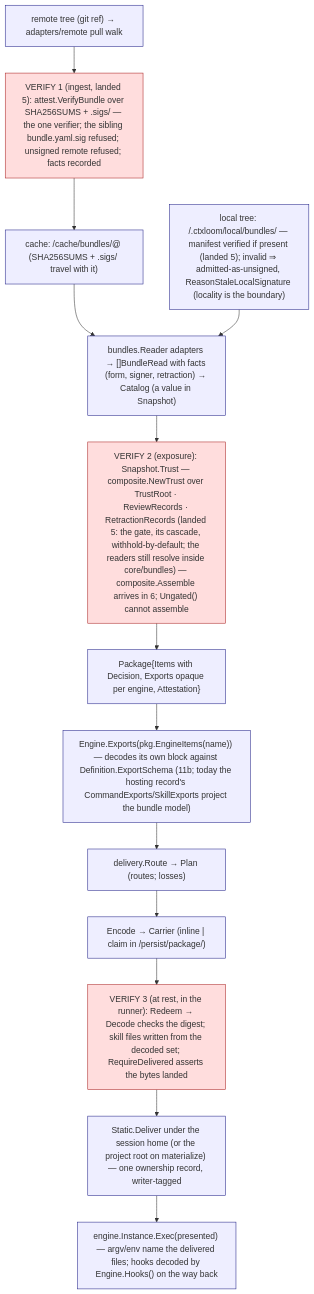
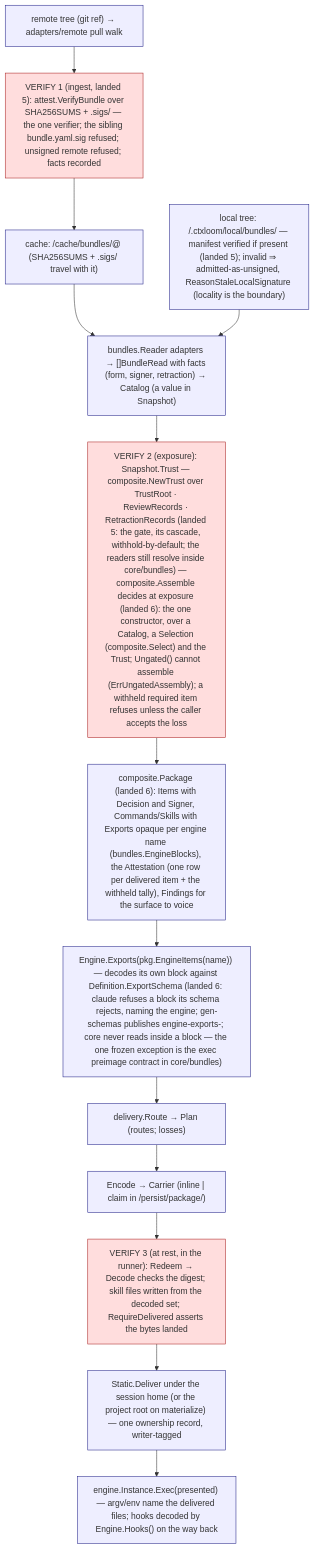
One commit to ctxloom/ctxloom changed the fifth of 5 diagrams in docs/architecture/audit-2026-09-18/30-decided-architecture.md. Above: the diagram before and after it, drawn with Mermaid. The commit also changed other lines of this file and 3 other files, not shown here.

First line of the commit message:
docs(architecture): composite.md is born; §1.1, §2.1, §2.2 and §2.3 carry the landed package; launch.md's assembler row is corrected

````diff
--- a/docs/architecture/audit-2026-09-18/30-decided-architecture.md
+++ b/docs/architecture/audit-2026-09-18/30-decided-architecture.md
@@ -3183,21 +3183,21 @@
 ```mermaid
 flowchart TB
   classDef v fill:#fdd,stroke:#a22
   classDef s fill:#eef,stroke:#228
   R["remote tree (git ref) → adapters/remote pull walk"]:::s
   V1["VERIFY 1 (ingest, landed 5): attest.VerifyBundle over SHA256SUMS + .sigs/ — the one verifier; the sibling bundle.yaml.sig refused; unsigned remote refused; facts recorded"]:::v
   C["cache: <app>/cache/bundles/<name>@<pin> (SHA256SUMS + .sigs/ travel with it)"]:::s
   L["local tree: <project>/.ctxloom/local/bundles/<name> — manifest verified if present (landed 5); invalid ⇒ admitted-as-unsigned, ReasonStaleLocalSignature (locality is the boundary)"]:::s
   RD["bundles.Reader adapters → []BundleRead with facts (form, signer, retraction) → Catalog (a value in Snapshot)"]:::s
-  V2["VERIFY 2 (exposure): Snapshot.Trust — composite.NewTrust over TrustRoot · ReviewRecords · RetractionRecords (landed 5: the gate, its cascade, withhold-by-default; the readers still resolve inside core/bundles) — composite.Assemble arrives in 6; Ungated() cannot assemble"]:::v
-  P["Package{Items with Decision, Exports opaque per engine, Attestation}"]:::s
-  E["Engine.Exports(pkg.EngineItems(name)) — decodes its own block against Definition.ExportSchema (11b; today the hosting record's CommandExports/SkillExports project the bundle model)"]:::s
+  V2["VERIFY 2 (exposure): Snapshot.Trust — composite.NewTrust over TrustRoot · ReviewRecords · RetractionRecords (landed 5: the gate, its cascade, withhold-by-default; the readers still resolve inside core/bundles) — composite.Assemble decides at exposure (landed 6): the one constructor, over a Catalog, a Selection (composite.Select) and the Trust; Ungated() cannot assemble (ErrUngatedAssembly); a withheld required item refuses unless the caller accepts the loss"]:::v
+  P["composite.Package (landed 6): Items with Decision and Signer, Commands/Skills with Exports opaque per engine name (bundles.EngineBlocks), the Attestation (one row per delivered item + the withheld tally), Findings for the surface to voice"]:::s
+  E["Engine.Exports(pkg.EngineItems(name)) — decodes its own block against Definition.ExportSchema (landed 6: claude refuses a block its schema rejects, naming the engine; gen-schemas publishes engine-exports-<name>; core never reads inside a block — the one frozen exception is the exec preimage contract in core/bundles)"]:::s
   PL["delivery.Route → Plan (routes; losses)"]:::s
   ENC["Encode → Carrier (inline | claim in <harp>/persist/package/<digest>)"]:::s
   V3["VERIFY 3 (at rest, in the runner): Redeem → Decode checks the digest; skill files written from the decoded set; RequireDelivered asserts the bytes landed"]:::v
   D["Static.Deliver under the session home (or the project root on materialize) — one ownership record, writer-tagged"]:::s
   X["engine.Instance.Exec(presented) — argv/env name the delivered files; hooks decoded by Engine.Hooks() on the way back"]:::s
   R --> V1 --> C --> RD
   L --> RD
   RD --> V2 --> P --> E --> PL --> ENC --> V3 --> D --> X
 ```
````
